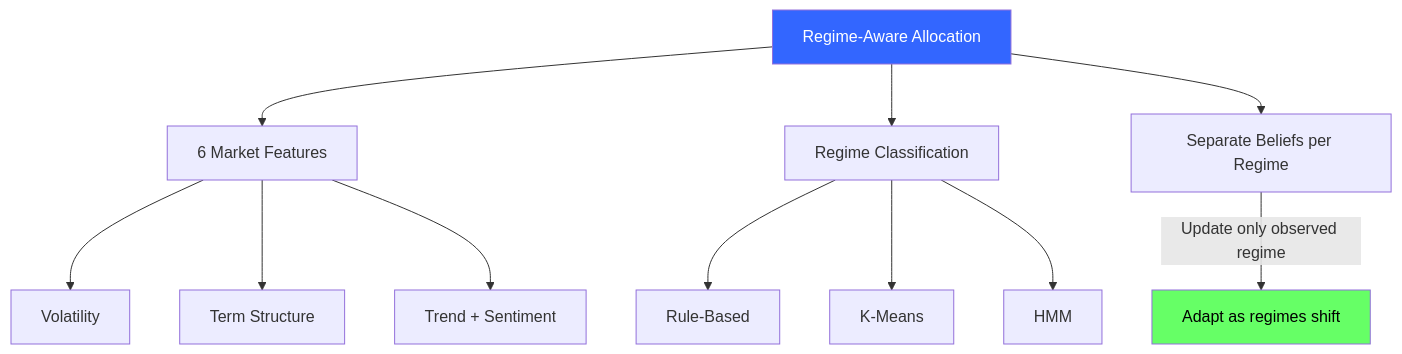
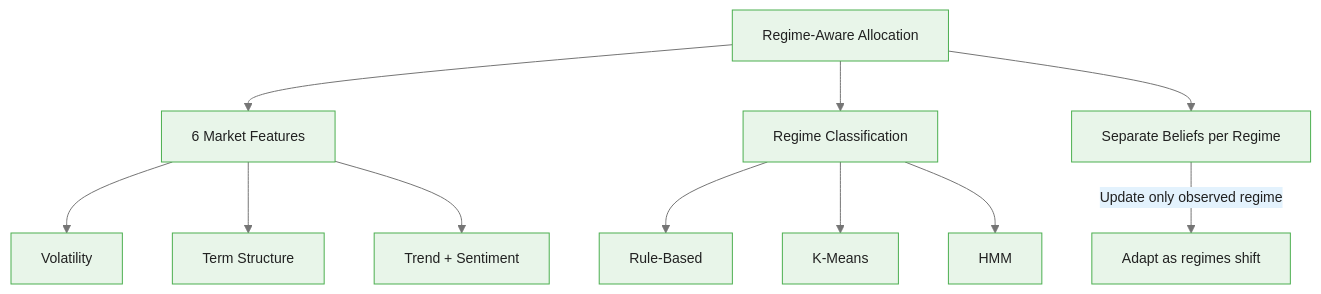
One commit to m-deane/course-creator changed the third of 3 diagrams in courses/multi-armed-bandits-ab-testing/modules/module_05_commodity_trading_bandits/guides/04_regime_aware_allocation_slides.md. Above: the diagram before and after it, drawn with Mermaid. The commit also changed other lines of this file and 146 other files, not shown here.

````diff
--- a/courses/multi-armed-bandits-ab-testing/modules/module_05_commodity_trading_bandits/guides/04_regime_aware_allocation_slides.md
+++ b/courses/multi-armed-bandits-ab-testing/modules/module_05_commodity_trading_bandits/guides/04_regime_aware_allocation_slides.md
@@ -268,19 +306,17 @@
 ```mermaid
+%%{init: {"theme": "base", "themeVariables": {"primaryColor": "#e8f5e9", "primaryBorderColor": "#4caf50", "primaryTextColor": "#212121", "secondaryColor": "#e3f2fd", "tertiaryColor": "#fff8e1", "lineColor": "#757575", "fontFamily": "Inter, sans-serif", "fontSize": "14px"}}}%%
 flowchart TD
     RA["Regime-Aware Allocation"] --> Features_ra["6 Market Features"]
     RA --> Classification["Regime Classification"]
     RA --> Separate["Separate Beliefs per Regime"]
 
     Features_ra --> Vol_ra["Volatility"]
     Features_ra --> TS_ra["Term Structure"]
     Features_ra --> Trend_ra["Trend + Sentiment"]
 
     Classification --> Rule_ra["Rule-Based"]
     Classification --> KMeans["K-Means"]
     Classification --> HMM_ra["HMM"]
 
     Separate --> |"Update only observed regime"| Adapt_ra["Adapt as regimes shift"]
-
-    style RA fill:#36f,color:#fff
-    style Adapt_ra fill:#6f6,color:#000
 ```
````
